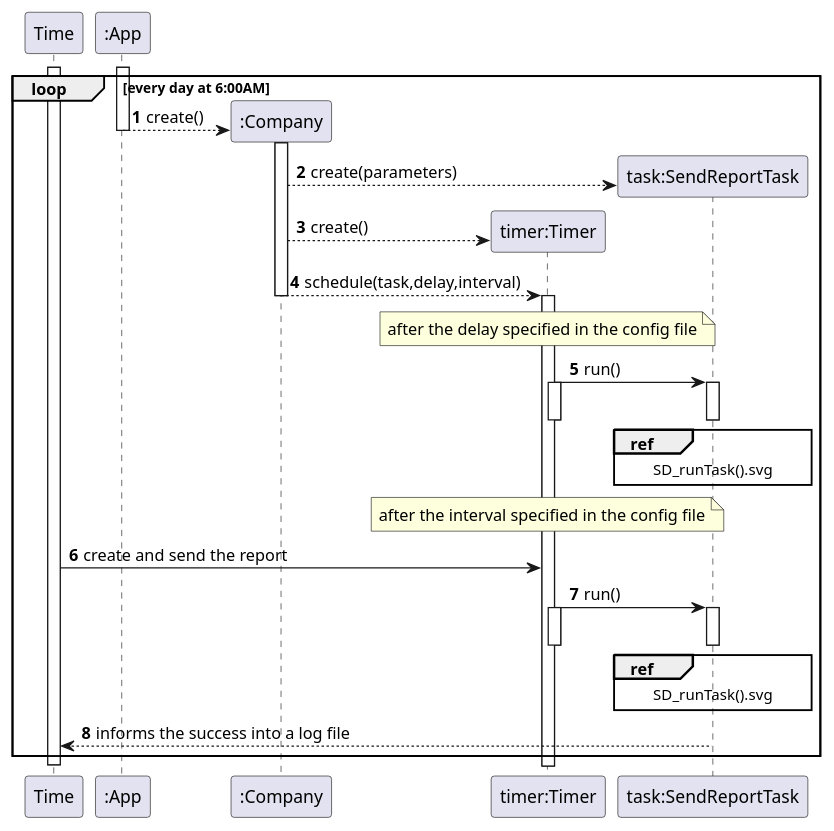
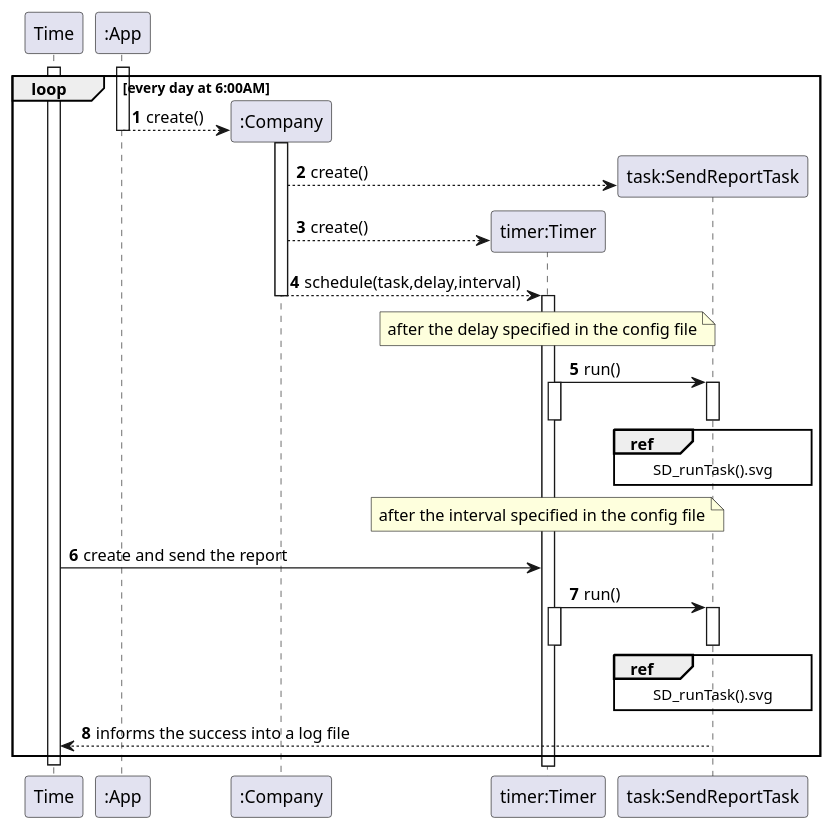
The diagram in docs/SprintD/US19/US19_SD.puml (MarianaCLages/LAPR2), drawn with PlantUML before and after one commit. The commit also changed 17 other files, not shown here.

```diff
--- a/docs/SprintD/US19/US19_SD.puml
+++ b/docs/SprintD/US19/US19_SD.puml
@@ -1,45 +1,45 @@
 @startuml
 'https://plantuml.com/sequence-diagram
 
 autonumber
 participant "Time" as tm
 
 participant ":App" as ap
 participant ":Company" as comp
 participant "timer:Timer" as timer
 participant "task:SendReportTask" as task
 
 loop every day at 6:00AM
 activate tm
 
     activate ap
     ap --> comp**:create()
     deactivate ap
     activate comp
-    comp --> task**: create(parameters)
+    comp --> task**: create()
     comp --> timer**:create()
     comp --> timer : schedule(task,delay,interval)
     deactivate comp
     note over timer: after the delay specified in the config file
     activate timer
     deactivate
 
     timer -> task:run()
     ref over task: SD_runTask().svg
     activate timer
     deactivate timer
     activate task
     deactivate
     note over timer: after the interval specified in the config file
     tm -> timer: create and send the report
     timer -> task:run()
     ref over task: SD_runTask().svg
     activate timer
     deactivate timer
     activate task
     deactivate
     deactivate comp
     task --> tm: informs the success into a log file
 end
 deactivate tm
 @enduml
```
